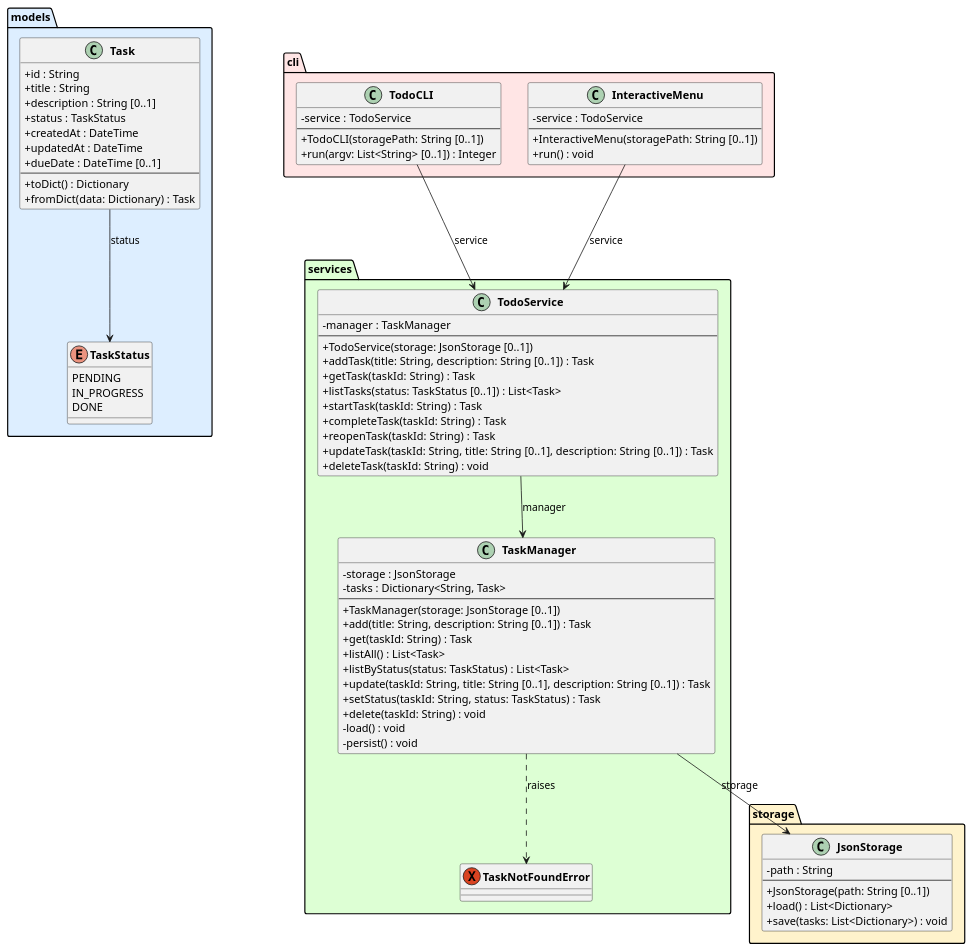
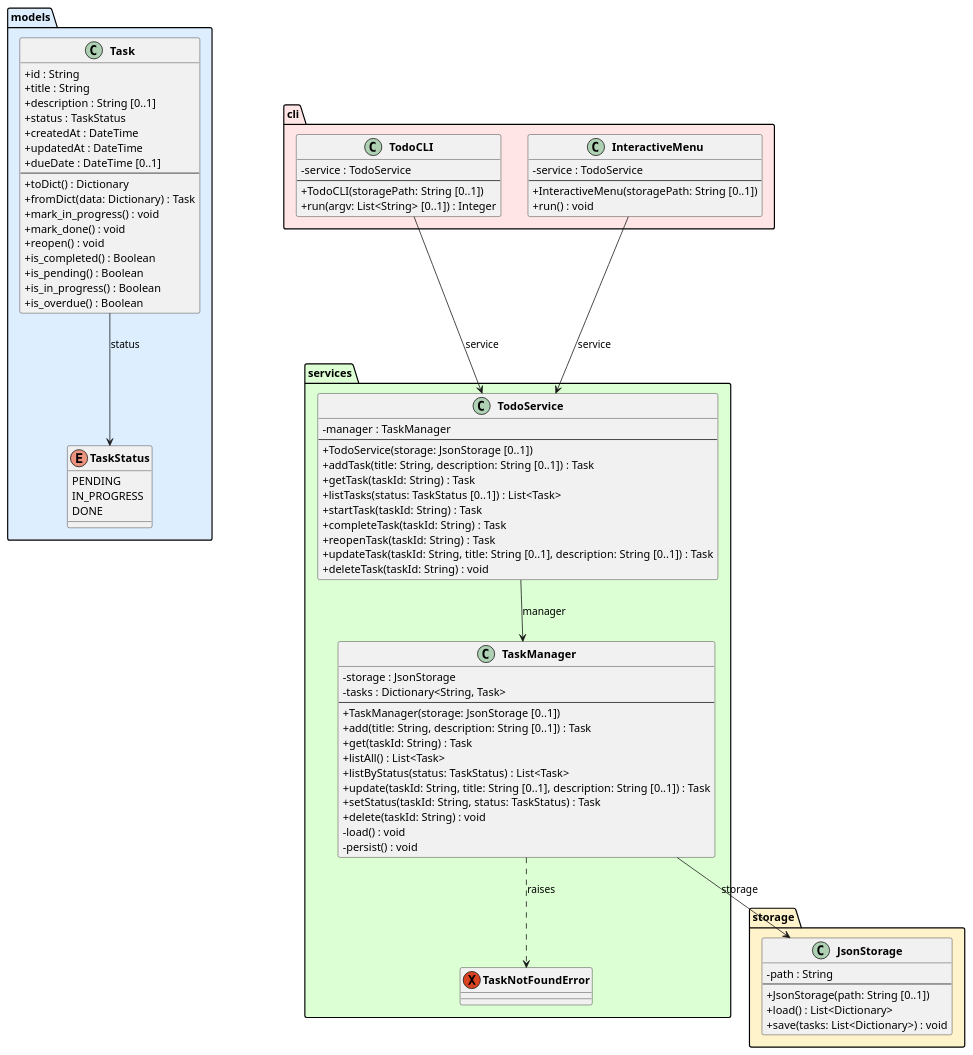
One commit to DanielRiha8906/Software_autoevolution_using_agents changed the diagram in experiments/supervisor_as_tools/test_driven/TODO/artifacts/class_diagram.puml. Above: the diagram before and after it, drawn with PlantUML. The commit also changed 3 other files, not shown here.

```diff
--- a/experiments/supervisor_as_tools/test_driven/TODO/artifacts/class_diagram.puml
+++ b/experiments/supervisor_as_tools/test_driven/TODO/artifacts/class_diagram.puml
@@ -1,94 +1,101 @@
 @startuml class_diagram
 
 skinparam classAttributeIconSize 0
 skinparam classFontStyle bold
 
 package "models" #DDEEFF {
     enum TaskStatus {
         PENDING
         IN_PROGRESS
         DONE
     }
 
     class Task {
         +id : String
         +title : String
         +description : String [0..1]
         +status : TaskStatus
         +createdAt : DateTime
         +updatedAt : DateTime
         +dueDate : DateTime [0..1]
         --
         +toDict() : Dictionary
         +fromDict(data: Dictionary) : Task
+        +mark_in_progress() : void
+        +mark_done() : void
+        +reopen() : void
+        +is_completed() : Boolean
+        +is_pending() : Boolean
+        +is_in_progress() : Boolean
+        +is_overdue() : Boolean
     }
 }
 
 package "storage" #FFF3CC {
     class JsonStorage {
         -path : String
         --
         +JsonStorage(path: String [0..1])
         +load() : List<Dictionary>
         +save(tasks: List<Dictionary>) : void
     }
 }
 
 package "services" #DDFFD4 {
     exception TaskNotFoundError
 
     class TaskManager {
         -storage : JsonStorage
         -tasks : Dictionary<String, Task>
         --
         +TaskManager(storage: JsonStorage [0..1])
         +add(title: String, description: String [0..1]) : Task
         +get(taskId: String) : Task
         +listAll() : List<Task>
         +listByStatus(status: TaskStatus) : List<Task>
         +update(taskId: String, title: String [0..1], description: String [0..1]) : Task
         +setStatus(taskId: String, status: TaskStatus) : Task
         +delete(taskId: String) : void
         -load() : void
         -persist() : void
     }
 
     class TodoService {
         -manager : TaskManager
         --
         +TodoService(storage: JsonStorage [0..1])
         +addTask(title: String, description: String [0..1]) : Task
         +getTask(taskId: String) : Task
         +listTasks(status: TaskStatus [0..1]) : List<Task>
         +startTask(taskId: String) : Task
         +completeTask(taskId: String) : Task
         +reopenTask(taskId: String) : Task
         +updateTask(taskId: String, title: String [0..1], description: String [0..1]) : Task
         +deleteTask(taskId: String) : void
     }
 }
 
 package "cli" #FFE5E5 {
     class TodoCLI {
         -service : TodoService
         --
         +TodoCLI(storagePath: String [0..1])
         +run(argv: List<String> [0..1]) : Integer
     }
 
     class InteractiveMenu {
         -service : TodoService
         --
         +InteractiveMenu(storagePath: String [0..1])
         +run() : void
     }
 }
 
 Task --> TaskStatus : status
 TaskManager --> JsonStorage : storage
 TaskManager ..> TaskNotFoundError : raises
 TodoService --> TaskManager : manager
 TodoCLI --> TodoService : service
 InteractiveMenu --> TodoService : service
 
 @enduml
```
